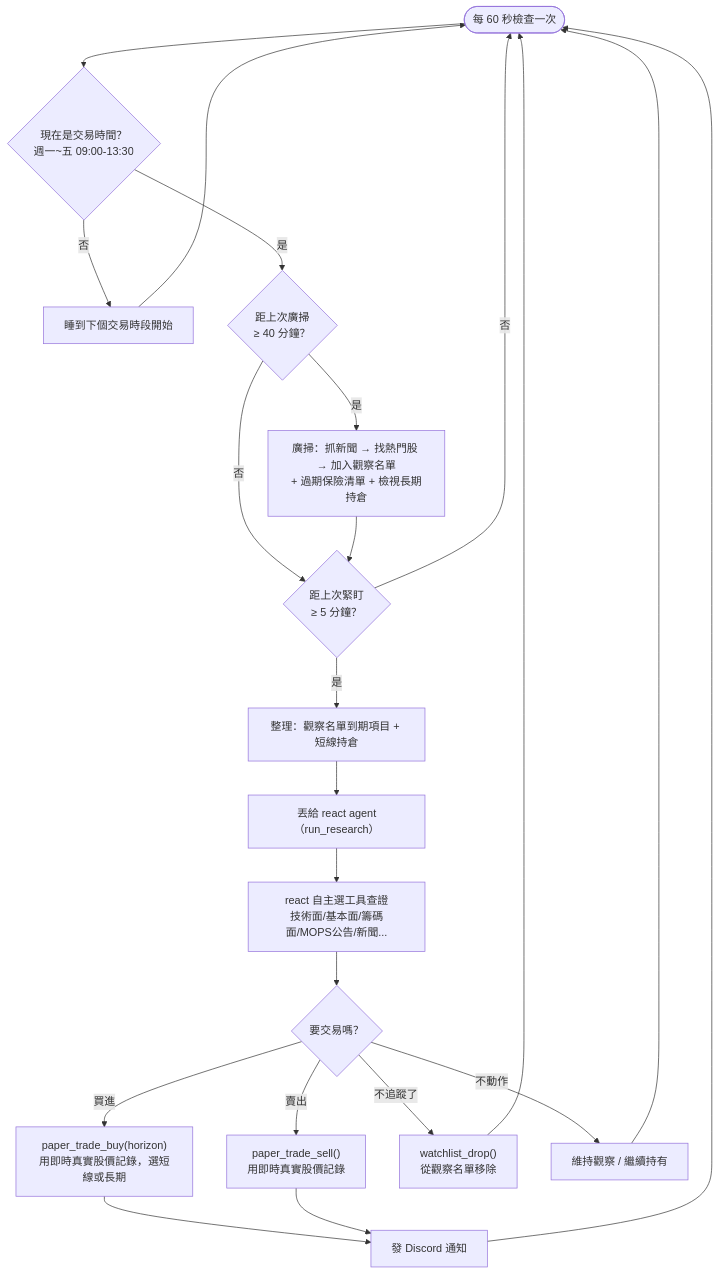
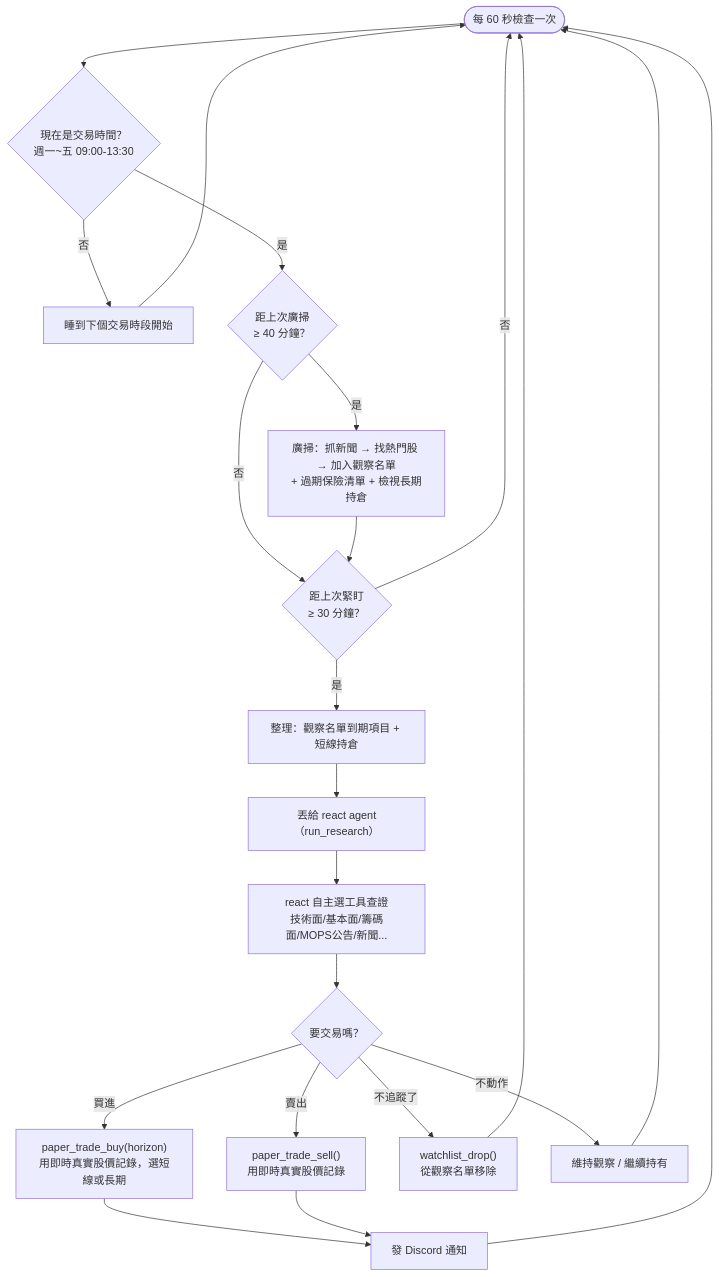
The second of 2 diagrams in docs/paper_trading.md (carterwu1120/market-agent), drawn with Mermaid before and after one commit. The commit also changed other lines of this file and 1 other file, not shown here.

````diff
--- a/docs/paper_trading.md
+++ b/docs/paper_trading.md
@@ -66,23 +66,23 @@
 ```mermaid
 flowchart TD
     START(["每 60 秒檢查一次"]) --> TH{"現在是交易時間？\n週一~五 09:00-13:30"}
     TH -->|否| SLEEP["睡到下個交易時段開始"] --> START
     TH -->|是| B{"距上次廣掃\n≥ 40 分鐘？"}
     B -->|是| BROAD["廣掃：抓新聞 → 找熱門股 → 加入觀察名單\n+ 過期保險清單 + 檢視長期持倉"]
     B -->|否| T
-    BROAD --> T{"距上次緊盯\n≥ 5 分鐘？"}
+    BROAD --> T{"距上次緊盯\n≥ 30 分鐘？"}
     T -->|否| START
     T -->|是| GATHER["整理：觀察名單到期項目 + 短線持倉"]
     GATHER --> RESEARCH["丟給 react agent（run_research）"]
     RESEARCH --> DECIDE["react 自主選工具查證\n技術面/基本面/籌碼面/MOPS公告/新聞..."]
     DECIDE --> ACT{"要交易嗎？"}
     ACT -->|買進| BUY["paper_trade_buy(horizon)\n用即時真實股價記錄，選短線或長期"]
     ACT -->|賣出| SELL["paper_trade_sell()\n用即時真實股價記錄"]
     ACT -->|不追蹤了| DROP["watchlist_drop()\n從觀察名單移除"]
     ACT -->|不動作| HOLD["維持觀察 / 繼續持有"]
     BUY --> NOTIFY["發 Discord 通知"]
     SELL --> NOTIFY
     NOTIFY --> START
     DROP --> START
     HOLD --> START
 ```
````
